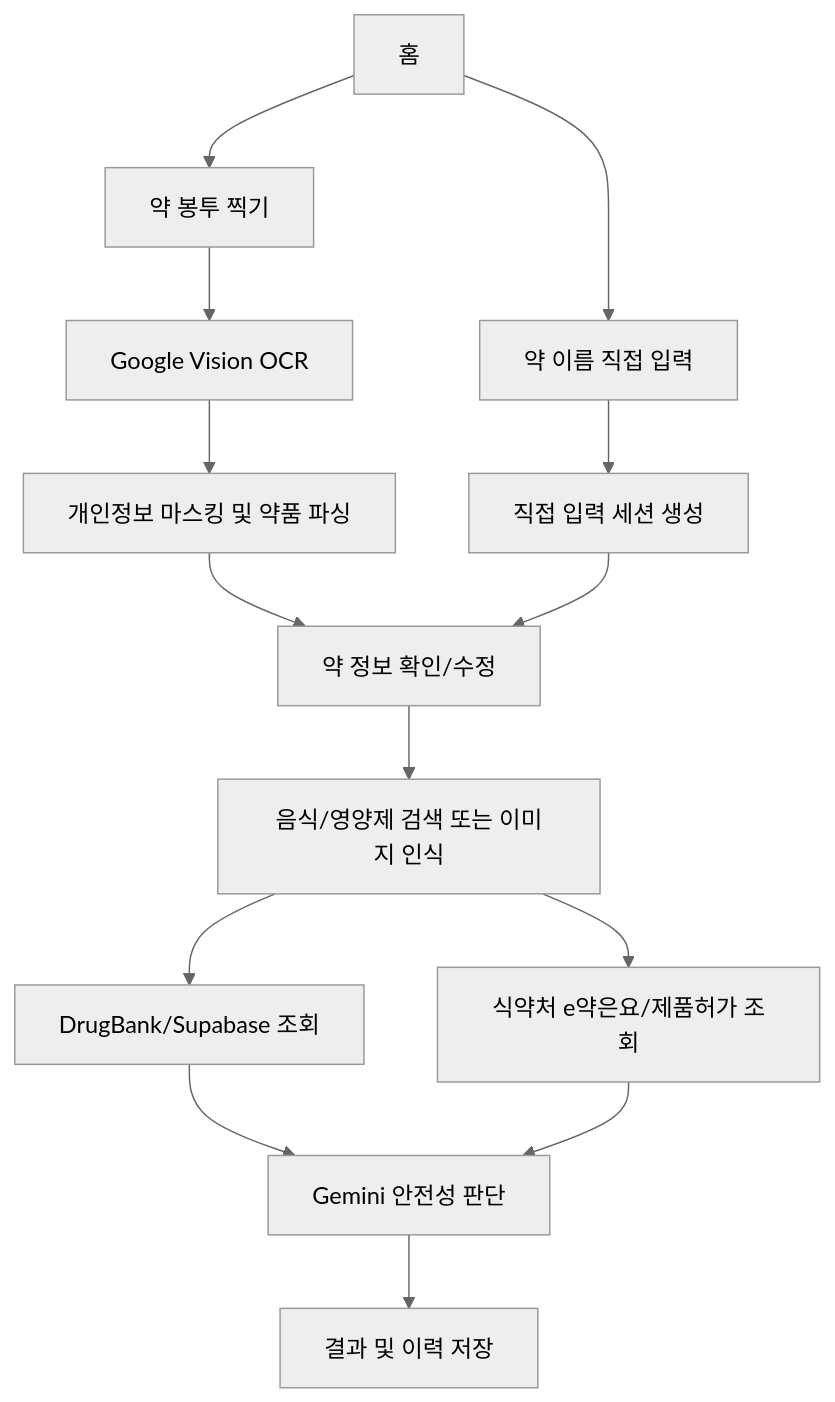
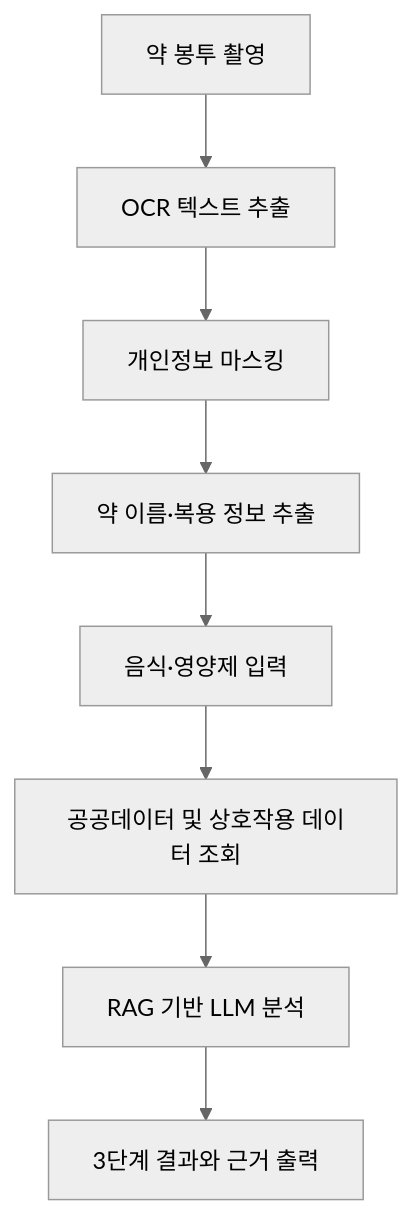
One commit to jamessung644/Pillosuffer changed the diagram in README.md. Above: the diagram before and after it, drawn with Mermaid (neutral theme). The commit also changed other lines of this file and 2 other files, not shown here.

````diff
--- a/README.md
+++ b/README.md
@@ -110,16 +129,10 @@
 ```mermaid
 flowchart TD
-  A["홈"] --> B["약 봉투 찍기"]
-  A --> C["약 이름 직접 입력"]
-  B --> D["Google Vision OCR"]
-  D --> E["개인정보 마스킹 및 약품 파싱"]
-  C --> F["직접 입력 세션 생성"]
-  E --> G["약 정보 확인/수정"]
-  F --> G
-  G --> H["음식/영양제 검색 또는 이미지 인식"]
-  H --> I["DrugBank/Supabase 조회"]
-  H --> J["식약처 e약은요/제품허가 조회"]
-  I --> K["Gemini 안전성 판단"]
-  J --> K
-  K --> L["결과 및 이력 저장"]
+  A["약 봉투 촬영"] --> B["OCR 텍스트 추출"]
+  B --> C["개인정보 마스킹"]
+  C --> D["약 이름·복용 정보 추출"]
+  D --> E["음식·영양제 입력"]
+  E --> F["공공데이터 및 상호작용 데이터 조회"]
+  F --> G["RAG 기반 LLM 분석"]
+  G --> H["3단계 결과와 근거 출력"]
 ```
````
